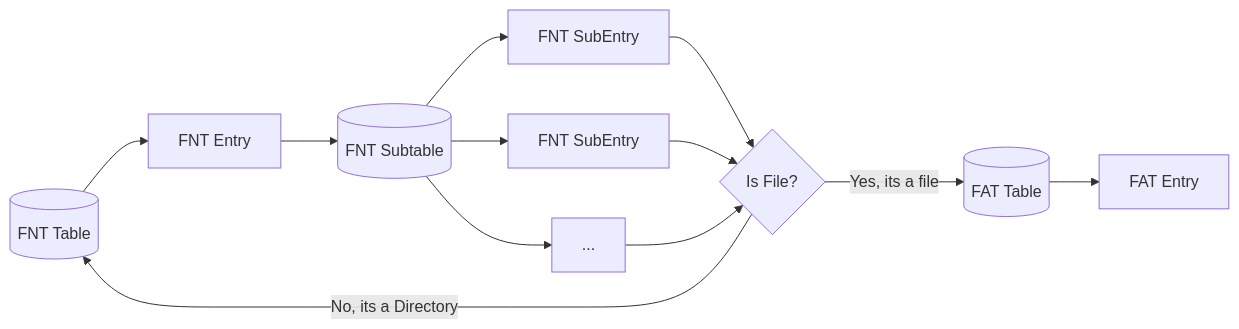
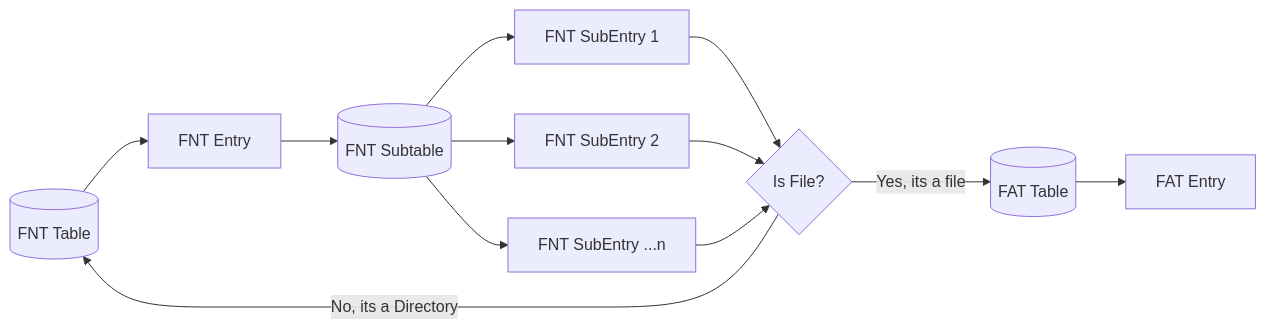
One commit to Ukalus/Golden-Dawn-Sun-Editor changed the fourth of 4 diagrams in README.md. Above: the diagram before and after it, drawn with Mermaid.

````diff
--- a/README.md
+++ b/README.md
@@ -139,29 +139,29 @@
 ```mermaid
 flowchart LR
     A[(FNT Table)]
     B[(FAT Table)]
     C[(FNT Subtable)]
 
     d[FNT Entry]
-    e[FNT SubEntry]
-    e2[FNT SubEntry]
-    e3[...]
+    e[FNT SubEntry 1]
+    e2[FNT SubEntry 2]
+    e3[FNT SubEntry ...n]
     f[FAT Entry]
 
     D{Is File?}
 
     A --> d 
     d --> C
     
     C --> e
     C --> e2
     C --> e3
     
     e --> D
     e2 --> D
     e3 --> D
 
     D -->|No, its a Directory| A
     D -->|Yes, its a file| B --> f
 
 ```
````
